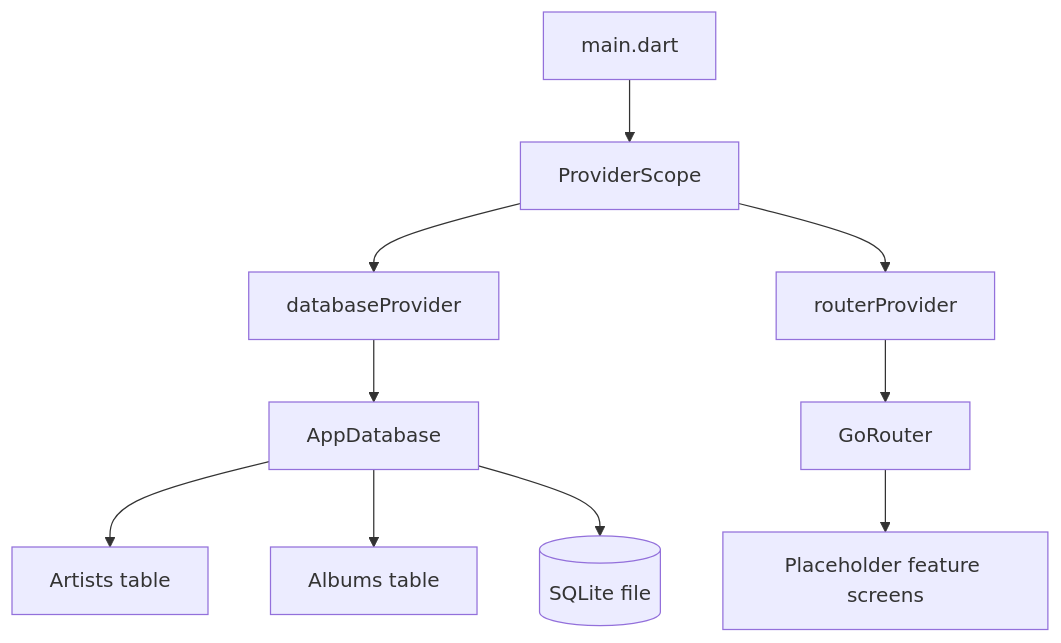
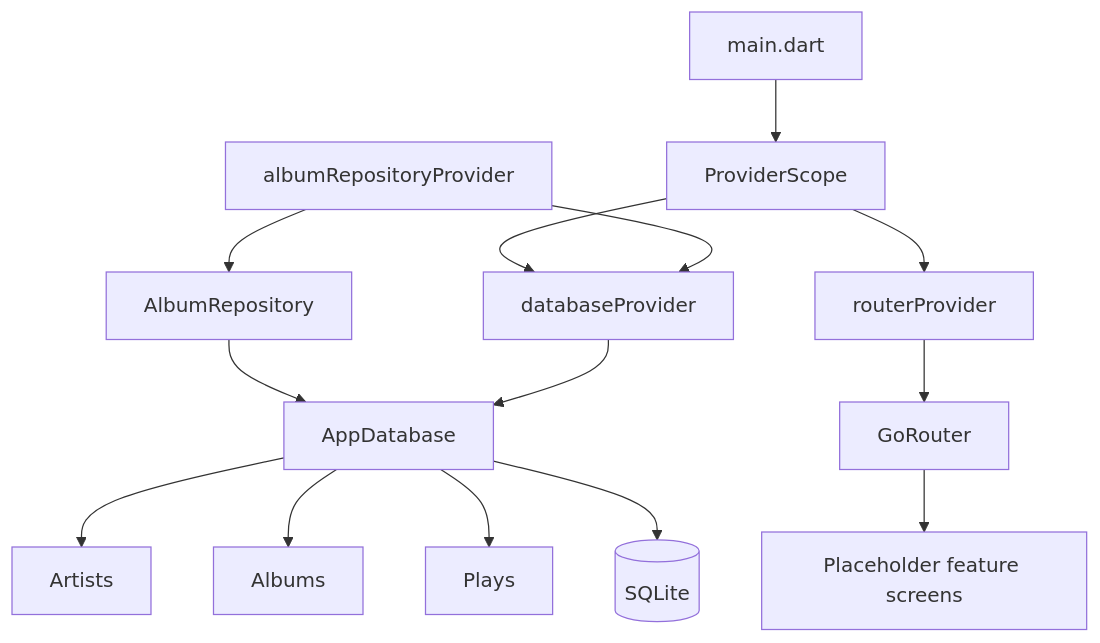
One commit to hunter-goller/Groovefolio changed the first of 2 diagrams in docs/architecture/overview.md. Above: the diagram before and after it, drawn with Mermaid. The commit also changed other lines of this file and 24 other files, not shown here.

First line of the commit message:
VinylApp-013: AlbumRepository (#21)

````diff
--- a/docs/architecture/overview.md
+++ b/docs/architecture/overview.md
@@ -16,23 +15,30 @@
 ```mermaid
 flowchart TD
     M[main.dart]
     PS[ProviderScope]
     DBP[databaseProvider]
     RP[routerProvider]
+    ARP[albumRepositoryProvider]
     GR[GoRouter]
     FS[Placeholder feature screens]
+    AR[AlbumRepository]
     DB[AppDatabase]
-    A[Artists table]
-    AL[Albums table]
-    SQ[(SQLite file)]
+    A[Artists]
+    AL[Albums]
+    P[Plays]
+    SQ[(SQLite)]
 
     M --> PS
     PS --> DBP
     PS --> RP
-    DBP --> DB
     RP --> GR
     GR --> FS
+    ARP --> DBP
+    ARP --> AR
+    AR --> DB
+    DBP --> DB
     DB --> A
     DB --> AL
+    DB --> P
     DB --> SQ
 ```
````
